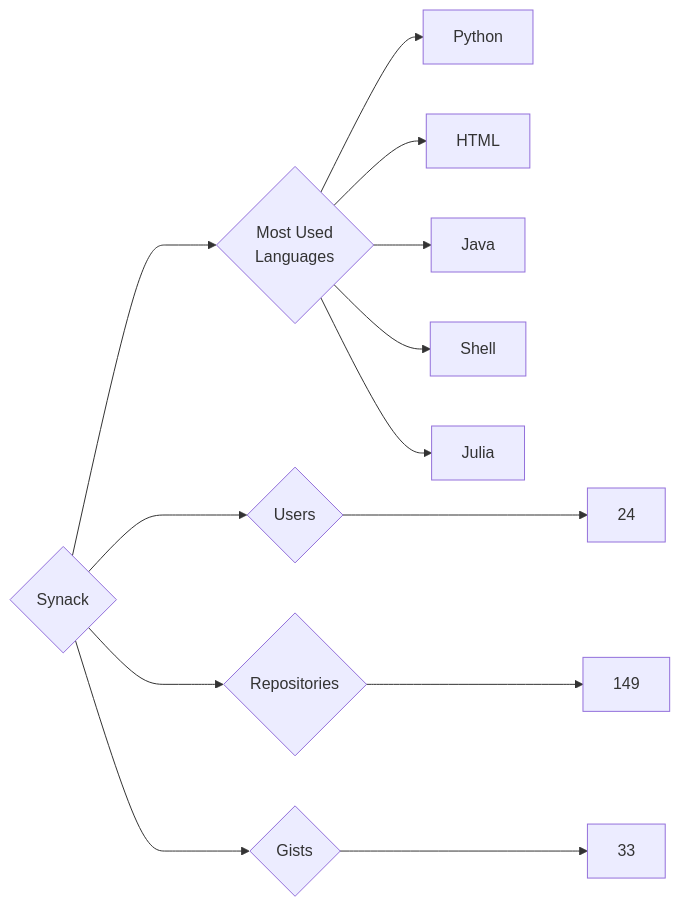
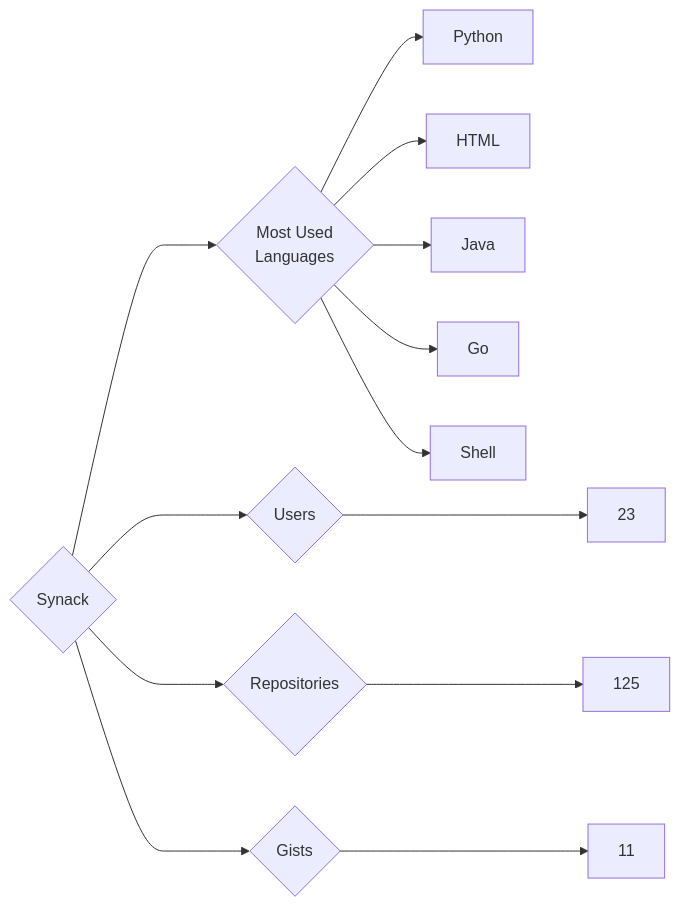
Before and after one commit to trickest/insiders: the diagram in targets/Synack/README.md, drawn with Mermaid. The commit also changed 898 other files, not shown here.

````diff
--- a/targets/Synack/README.md
+++ b/targets/Synack/README.md
@@ -3,13 +3,13 @@
 ```mermaid
 graph LR
 COMPANY_NAME{Synack}
-COMPANY_NAME ---> U{Users} ---> UN[24]
-COMPANY_NAME ---> R{Repositories} ---> RN[149]
-COMPANY_NAME ---> G{Gists} ---> GN[33]
+COMPANY_NAME ---> U{Users} ---> UN[23]
+COMPANY_NAME ---> R{Repositories} ---> RN[125]
+COMPANY_NAME ---> G{Gists} ---> GN[11]
 COMPANY_NAME ---> ML{Most Used<br>Languages}
 ML --> Python[Python]
 ML --> HTML[HTML]
 ML --> Java[Java]
+ML --> Go[Go]
 ML --> Shell[Shell]
-ML --> Julia[Julia]
 ```
````
